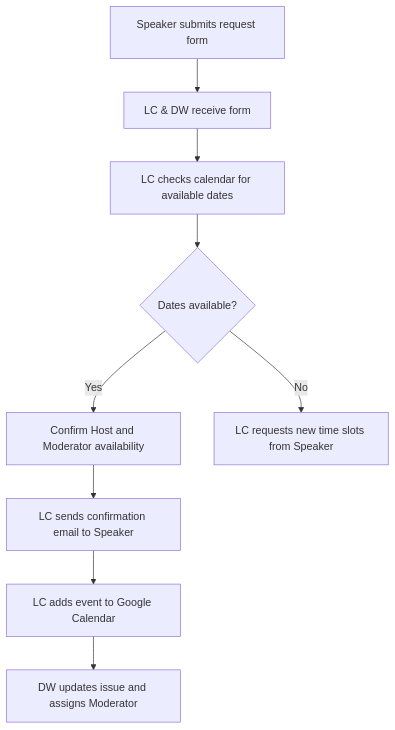
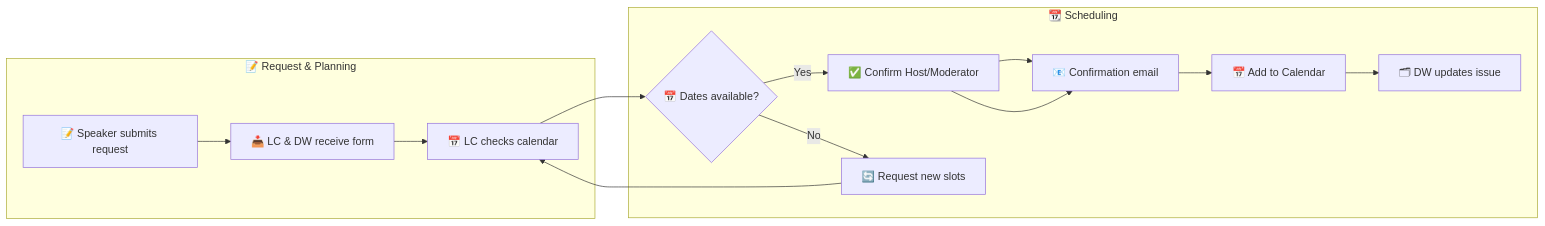
The diagram in docs/lunch-and-learns/process-docs.md (CBID2/VC-Community-Docs), drawn with Mermaid before and after one commit. The commit also changed 2 other files, not shown here.

Commit message:
docs: change and resize diagrams

````diff
--- a/docs/lunch-and-learns/process-docs.md
+++ b/docs/lunch-and-learns/process-docs.md
@@ -86,11 +86,24 @@
 ```mermaid
-graph TD
-  A[Speaker submits request form] --> B[LC & DW receive form]
-  B --> C[LC checks calendar for available dates]
-  C --> D{Dates available?}
-  D -->|Yes| E[Confirm Host and Moderator availability]
-  D -->|No| F[LC requests new time slots from Speaker]
-  E --> G[LC sends confirmation email to Speaker]
-  G --> H[LC adds event to Google Calendar]
-  H --> I[DW updates issue and assigns Moderator]
+flowchart LR
+  %% Request & Planning
+  subgraph A[📝 Request & Planning]
+    A1[📝 Speaker submits request] --> A2[📥 LC & DW receive form]
+    A2 --> A3[📅 LC checks calendar]
+  end
+
+  %% Scheduling
+  subgraph B[📆 Scheduling]
+    B1{📅 Dates available?}
+    B1 -->|Yes| B2[✅ Confirm Host/Moderator]
+    B1 -->|No| B3[🔄 Request new slots]
+    B2 --> B4[📧 Confirmation email]
+    B4 --> B5[📅 Add to Calendar]
+    B5 --> B6[🗂 DW updates issue]
+  end
+
+  %% Flow
+  A3 --> B1
+  B2 --> B4
+  B3 --> A3
+  B6
 ```
````
